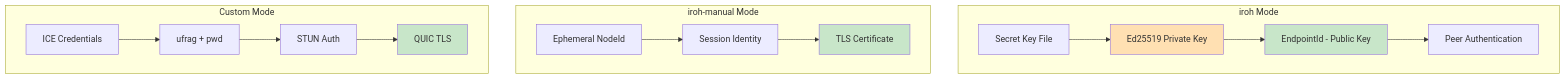
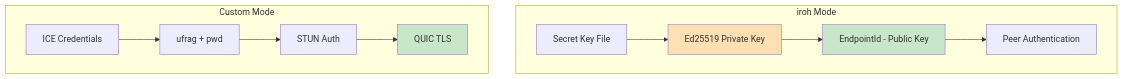
Before and after one commit to andrewtheguy/vpn-rs: diagram 28 of 36 in docs/ARCHITECTURE.md, drawn with Mermaid. The commit also changed other lines of this file and 14 other files, not shown here.

First line of the commit message:
Refactor: Remove iroh-manual mode and related configurations

````diff
--- a/docs/ARCHITECTURE.md
+++ b/docs/ARCHITECTURE.md
@@ -1384,24 +1193,18 @@
 ```mermaid
 graph TB
     subgraph "iroh Mode"
         A[Secret Key File] --> B[Ed25519 Private Key]
         B --> C[EndpointId - Public Key]
         C --> D[Peer Authentication]
     end
-    
-    subgraph "iroh-manual Mode"
-        E[Ephemeral NodeId] --> F[Session Identity]
-        F --> G[TLS Certificate]
-    end
-    
+
     subgraph "Custom Mode"
         H[ICE Credentials] --> I[ufrag + pwd]
         I --> J[STUN Auth]
         J --> K[QUIC TLS]
     end
-    
+
     style B fill:#FFE0B2
     style C fill:#C8E6C9
-    style G fill:#C8E6C9
     style K fill:#C8E6C9
 ```
````
